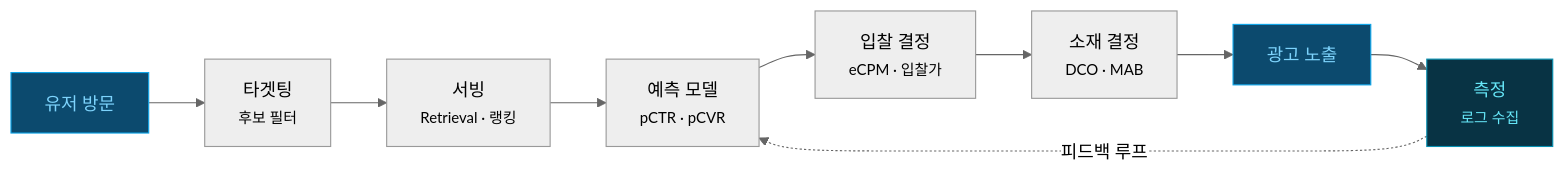
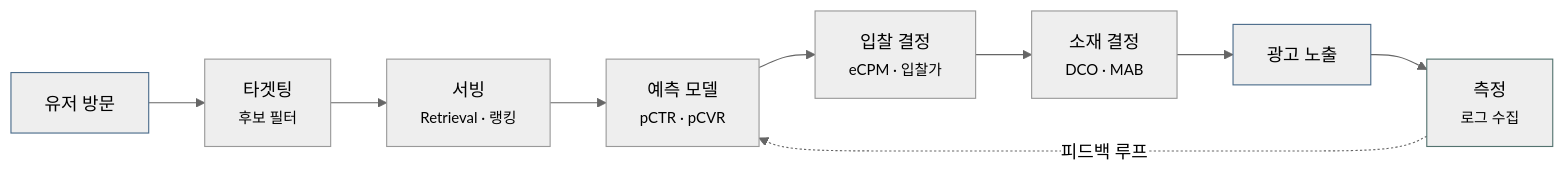
One commit to chkimsu/adtech-blog changed the first of 4 diagrams in posts/adtech-dev-layers.md. Above: the diagram before and after it, drawn with Mermaid (neutral theme). The commit also changed other lines of this file and 40 other files, not shown here.

````diff
--- a/posts/adtech-dev-layers.md
+++ b/posts/adtech-dev-layers.md
@@ -30,15 +30,15 @@
 ```mermaid
 graph LR
     A["유저 방문"] --> B["타겟팅<br/><small>후보 필터</small>"]
     B --> C["서빙<br/><small>Retrieval · 랭킹</small>"]
     C --> D["예측 모델<br/><small>pCTR · pCVR</small>"]
     D --> E["입찰 결정<br/><small>eCPM · 입찰가</small>"]
     E --> F["소재 결정<br/><small>DCO · MAB</small>"]
     F --> G["광고 노출"]
     G --> H["측정<br/><small>로그 수집</small>"]
     H -.->|"피드백 루프"| D
 
-    style A fill:#0c4a6e,stroke:#0ea5e9,color:#7dd3fc
-    style G fill:#0c4a6e,stroke:#0ea5e9,color:#7dd3fc
-    style H fill:#083344,stroke:#0891b2,color:#67e8f9
+    style A stroke:#4a6b8a
+    style G stroke:#4a6b8a
+    style H stroke:#54736f
 ```
````
